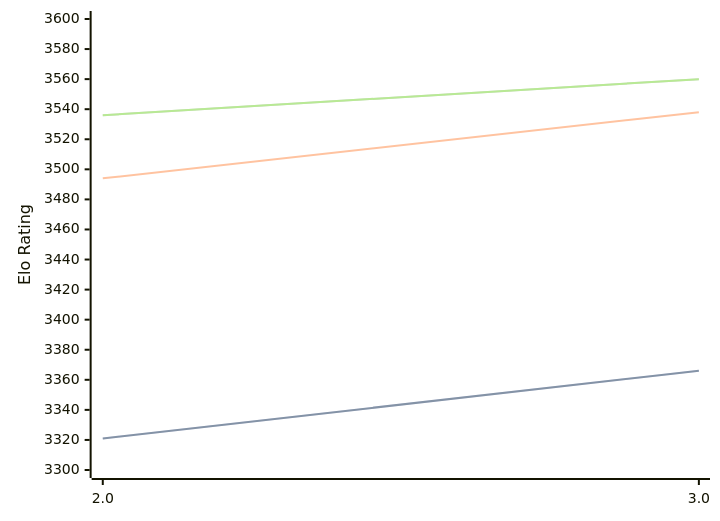
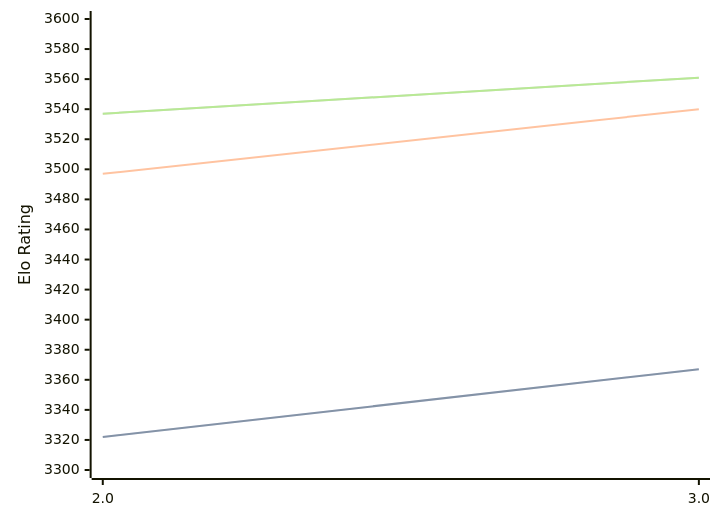
One commit to computer-chess-index/cci changed the diagram in engines/Quanticade.md. Above: the diagram before and after it, drawn with Mermaid. The commit also changed other lines of this file, not shown here.

Commit message:
Update CCI Ratings (ELO VLTC) - 2026-03-29

````diff
--- a/engines/Quanticade.md
+++ b/engines/Quanticade.md
@@ -41,11 +41,11 @@
 ```mermaid
 %%{init: {"theme":"base","themeVariables":{"seriesColors:['#a3a3a3','#222221','#faa371']}}}%%
 xychart-beta
   x-axis ["2.0", "3.0"]
   y-axis "Elo Rating" 3300 --> 3600
-  line "STC (8.0+0.08s)" [3321, 3366]
-  line "STC (8.0+0.08s)" [3321, 3366]
-  line "LTC (60.0+0.60s)" [3494, 3538]
-  line "VLTC (2m24s+1.12s)" [3536, 3560]
-  line "VLTC (2m24s+1.12s)" [3536, 3560]
+  line "STC (8.0+0.08s)" [3322, 3367]
+  line "STC (8.0+0.08s)" [3322, 3367]
+  line "LTC (60.0+0.60s)" [3497, 3540]
+  line "VLTC (2m24s+1.12s)" [3537, 3561]
+  line "VLTC (2m24s+1.12s)" [3537, 3561]
 ```
````
